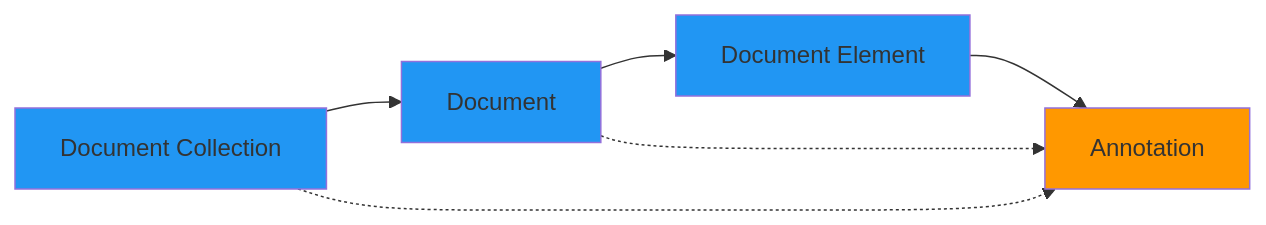
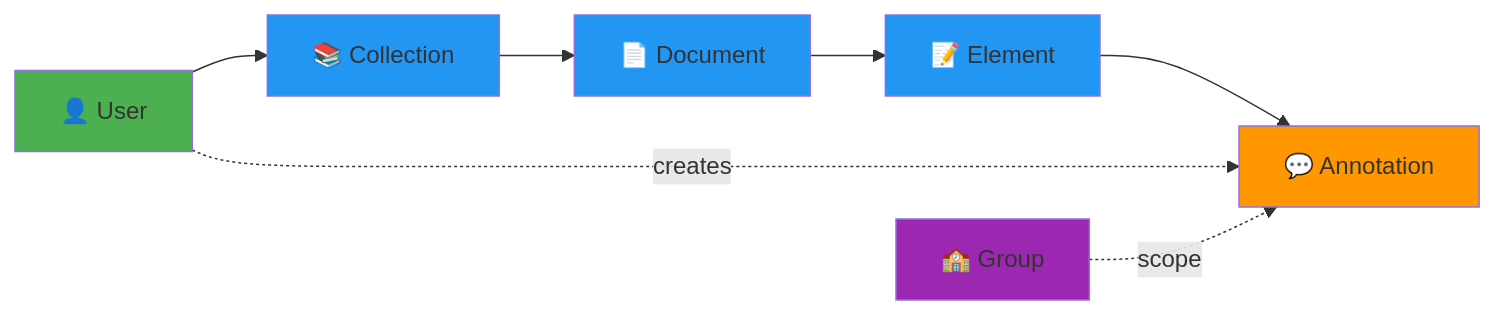
The third of 4 diagrams in docs/database/SCHEMA.md (dartmouth/genji-lab), drawn with Mermaid before and after one commit. The commit also changed other lines of this file and 6 other files, not shown here.

````diff
--- a/docs/database/SCHEMA.md
+++ b/docs/database/SCHEMA.md
@@ -774,14 +319,16 @@
 ```mermaid
 graph LR
-    Collection[Document Collection] --> Document[Document]
-    Document --> Element[Document Element]
-    Element --> Annotation[Annotation]
+    User[👤 User] --> Collection[📚 Collection]
+    Collection --> Document[📄 Document]
+    Document --> Element[📝 Element]
+    Element --> Annotation[💬 Annotation]
+    User -.creates.-> Annotation
+    Group[🏫 Group] -.scope.-> Annotation
     
-    Collection -.-> Annotation
-    Document -.-> Annotation
-    
+    style User fill:#4CAF50
     style Collection fill:#2196F3
     style Document fill:#2196F3
     style Element fill:#2196F3
     style Annotation fill:#FF9800
+    style Group fill:#9C27B0
 ```
````
